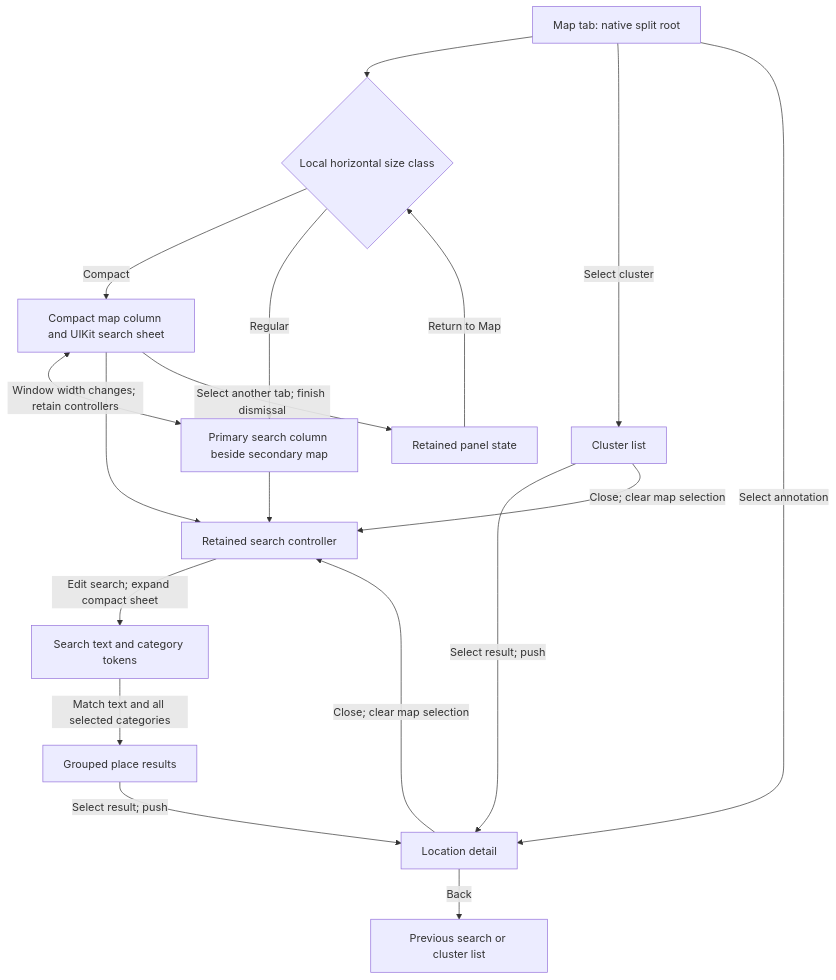
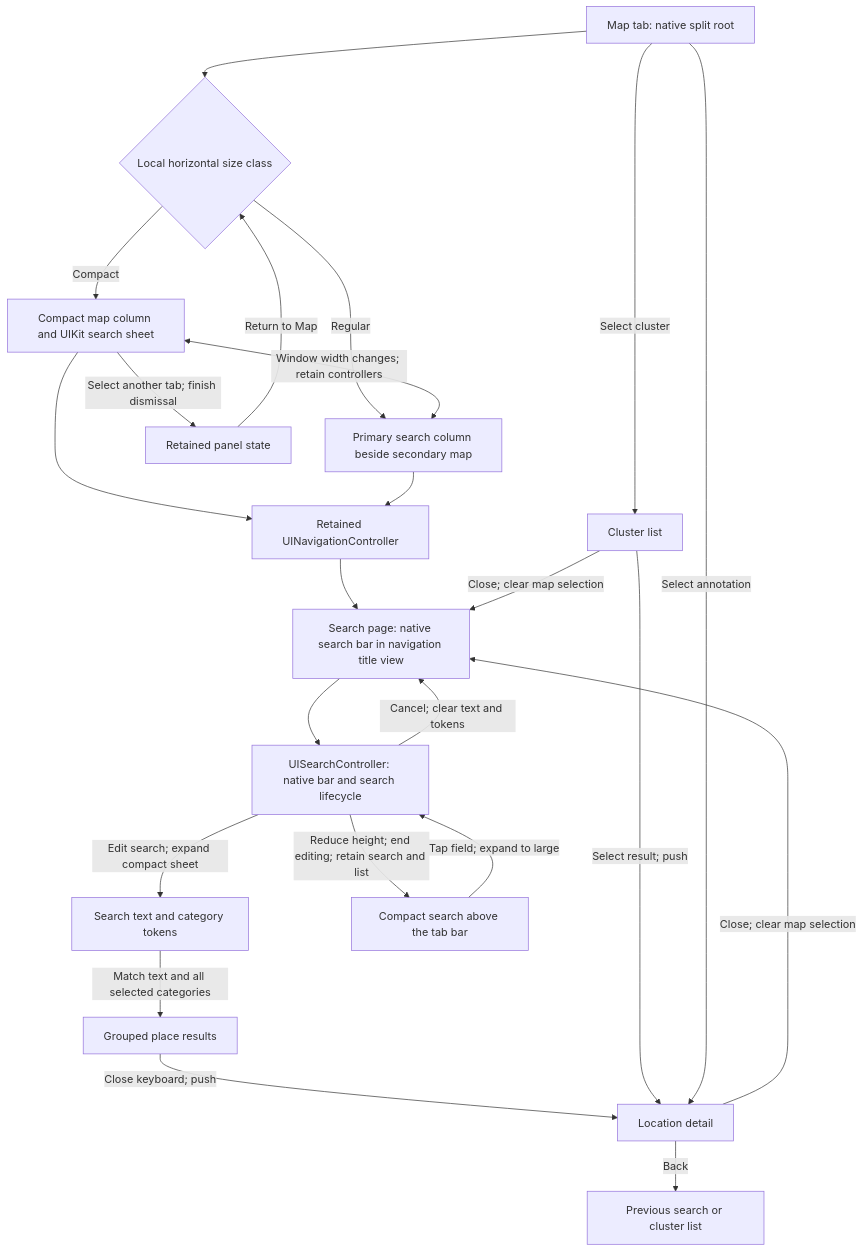
One commit to LambdaDigamma/moers-ios changed the diagram in ios/MAP_PRESENTATION.md. Above: the diagram before and after it, drawn with Mermaid. The commit also changed other lines of this file and 38 other files, not shown here.

Commit message:
feat(ios): integrate adaptive events and native map search

````diff
--- a/ios/MAP_PRESENTATION.md
+++ b/ios/MAP_PRESENTATION.md
@@ -5,20 +5,25 @@
 ```mermaid
 flowchart TD
     Map[Map tab: native split root] --> Size{Local horizontal size class}
     Size -->|Compact| Sheet[Compact map column and UIKit search sheet]
     Size -->|Regular| Sidebar[Primary search column beside secondary map]
     Sheet <-->|Window width changes; retain controllers| Sidebar
-    Sheet --> Search[Retained search controller]
-    Sidebar --> Search
-    Search -->|Edit search; expand compact sheet| Criteria[Search text and category tokens]
+    Sheet --> Navigation[Retained UINavigationController]
+    Sidebar --> Navigation
+    Navigation --> Search[Search page: native search bar in navigation title view]
+    Search --> NativeSearch[UISearchController: native bar and search lifecycle]
+    NativeSearch -->|Edit search; expand compact sheet| Criteria[Search text and category tokens]
+    NativeSearch -->|Cancel; clear text and tokens| Search
+    NativeSearch -->|Reduce height; end editing; retain search and list| CompactSearch[Compact search above the tab bar]
+    CompactSearch -->|Tap field; expand to large| NativeSearch
     Criteria -->|Match text and all selected categories| Results[Grouped place results]
-    Results -->|Select result; push| Detail[Location detail]
+    Results -->|Close keyboard; push| Detail[Location detail]
     Map -->|Select cluster| Cluster[Cluster list]
     Cluster -->|Select result; push| Detail
     Map -->|Select annotation| Detail
     Detail -->|Back| Previous[Previous search or cluster list]
     Detail -->|Close; clear map selection| Search
     Cluster -->|Close; clear map selection| Search
     Sheet -->|Select another tab; finish dismissal| Suspended[Retained panel state]
     Suspended -->|Return to Map| Size
 ```
````
